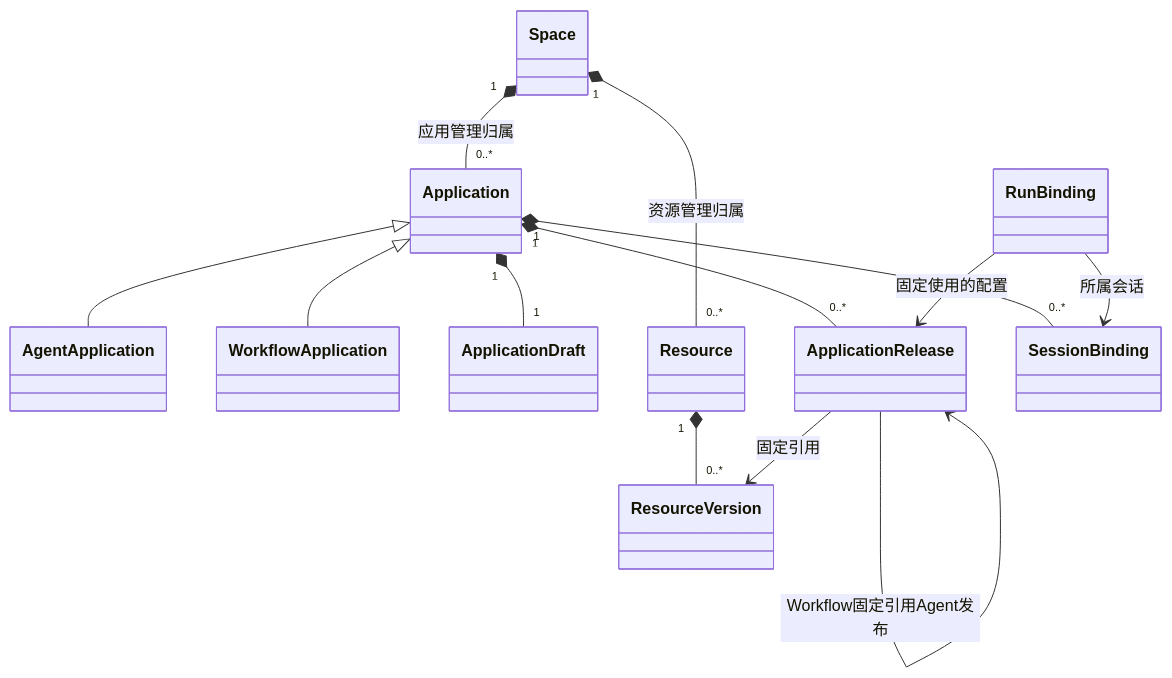
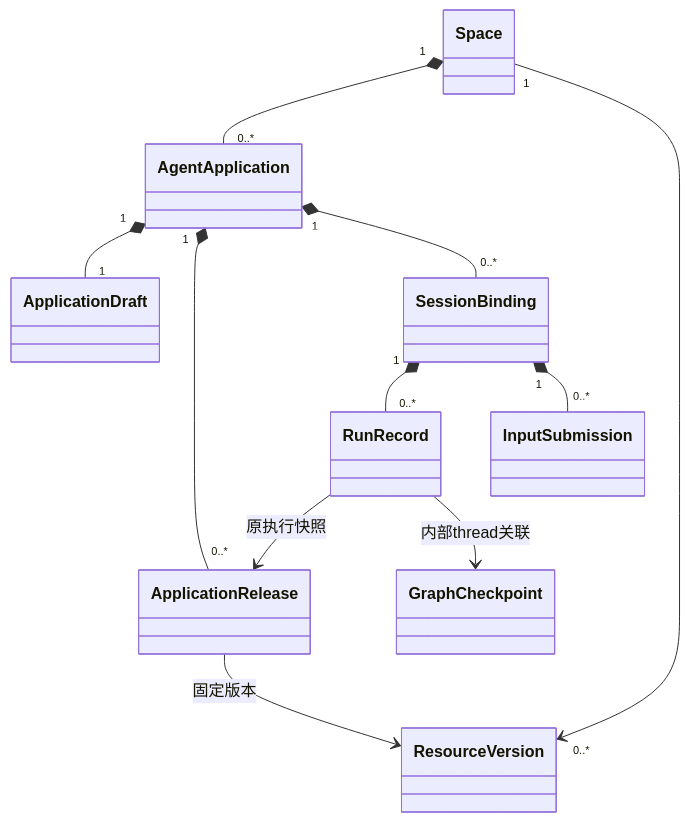
The diagram in docs/platform/domain-model.md (dujian0068/agent-loom), drawn with Mermaid before and after one commit. The commit also changed other lines of this file and 26 other files, not shown here.

````diff
--- a/docs/platform/domain-model.md
+++ b/docs/platform/domain-model.md
@@ -23,25 +27,22 @@
 ```mermaid
 classDiagram
     class Space
-    class Application
     class AgentApplication
-    class WorkflowApplication
     class ApplicationDraft
     class ApplicationRelease
-    class Resource
     class ResourceVersion
     class SessionBinding
-    class RunBinding
-    Space "1" *-- "0..*" Application : 应用管理归属
-    Space "1" *-- "0..*" Resource : 资源管理归属
-    Application <|-- AgentApplication
-    Application <|-- WorkflowApplication
-    Application "1" *-- "1" ApplicationDraft
-    Application "1" *-- "0..*" ApplicationRelease
-    Resource "1" *-- "0..*" ResourceVersion
-    ApplicationRelease --> ResourceVersion : 固定引用
-    Application "1" *-- "0..*" SessionBinding
-    RunBinding --> ApplicationRelease : 固定使用的配置
-    RunBinding --> SessionBinding : 所属会话
-    ApplicationRelease --> ApplicationRelease : Workflow固定引用Agent发布
+    class RunRecord
+    class InputSubmission
+    class GraphCheckpoint
+    Space "1" *-- "0..*" AgentApplication
+    Space "1" --> "0..*" ResourceVersion
+    AgentApplication "1" *-- "1" ApplicationDraft
+    AgentApplication "1" *-- "0..*" ApplicationRelease
+    ApplicationRelease --> ResourceVersion : 固定版本
+    AgentApplication "1" *-- "0..*" SessionBinding
+    SessionBinding "1" *-- "0..*" RunRecord
+    SessionBinding "1" *-- "0..*" InputSubmission
+    RunRecord --> ApplicationRelease : 原执行快照
+    RunRecord --> GraphCheckpoint : 内部thread关联
 ```
````
